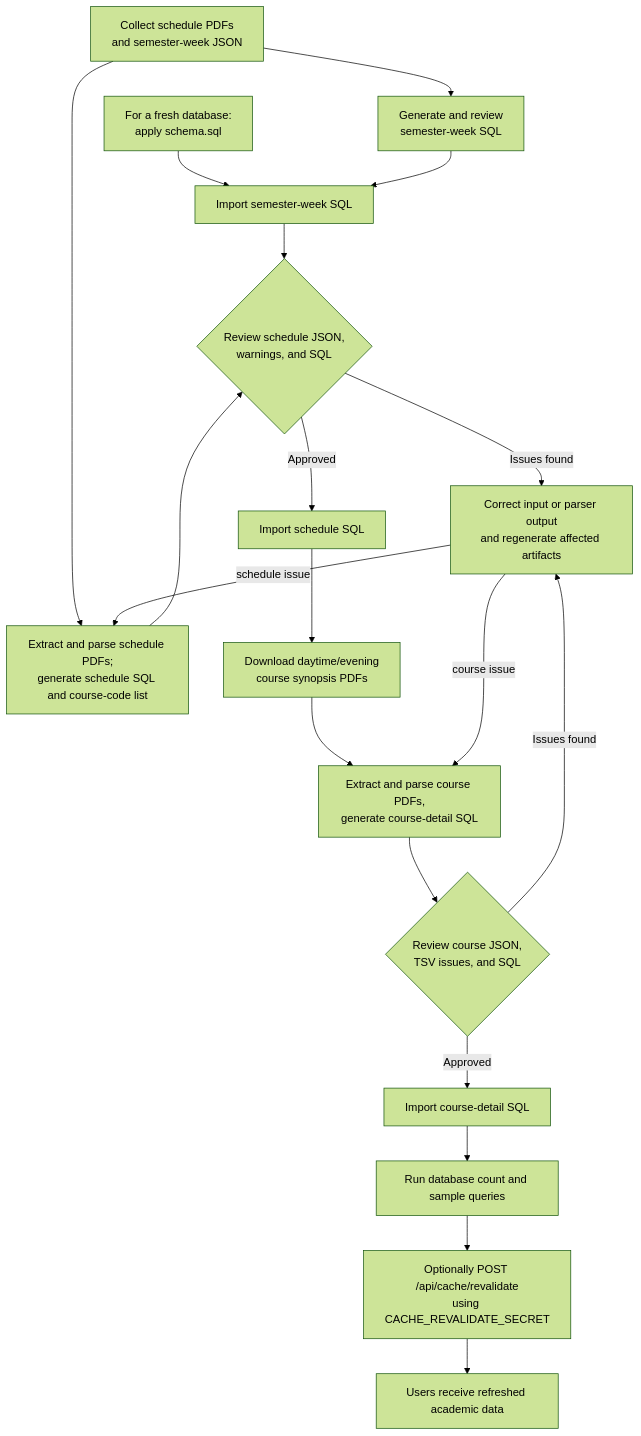
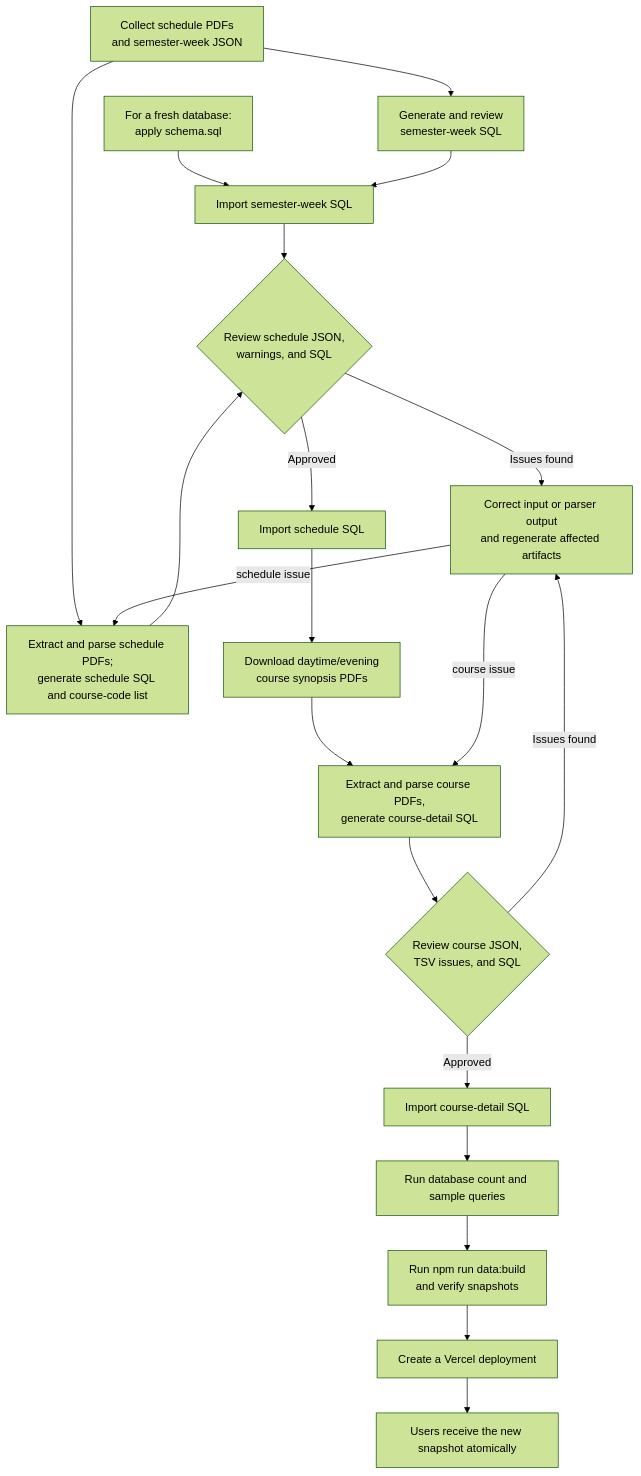
Before and after one commit to lester-td/SUSSplanner: the eighth of 18 diagrams in docs/DeveloperGuide.md, drawn with Mermaid (forest theme). The commit also changed other lines of this file and 4 other files, not shown here.

First line of the commit message:
Document build-time snapshot operations

````diff
--- a/docs/DeveloperGuide.md
+++ b/docs/DeveloperGuide.md
@@ -839,37 +844,39 @@
 ```mermaid
 flowchart TD
     Inputs["Collect schedule PDFs<br/>and semester-week JSON"]
     Schema["For a fresh database:<br/>apply schema.sql"]
     Weeks["Generate and review<br/>semester-week SQL"]
     ImportWeeks["Import semester-week SQL"]
     Schedule["Extract and parse schedule PDFs;<br/>generate schedule SQL and course-code list"]
     ReviewSchedule{"Review schedule JSON,<br/>warnings, and SQL"}
     ImportSchedule["Import schedule SQL"]
     Download["Download daytime/evening<br/>course synopsis PDFs"]
     Course["Extract and parse course PDFs,<br/>generate course-detail SQL"]
     ReviewCourse{"Review course JSON,<br/>TSV issues, and SQL"}
     Fix["Correct input or parser output<br/>and regenerate affected artifacts"]
     ImportCourse["Import course-detail SQL"]
     Verify["Run database count and sample queries"]
-    Revalidate["Optionally POST /api/cache/revalidate<br/>using CACHE_REVALIDATE_SECRET"]
-    Public["Users receive refreshed academic data"]
+    Build["Run npm run data:build<br/>and verify snapshots"]
+    Deploy["Create a Vercel deployment"]
+    Public["Users receive the new snapshot atomically"]
 
     Schema --> ImportWeeks
     Inputs --> Weeks
     Inputs --> Schedule
     Weeks --> ImportWeeks
     ImportWeeks --> ReviewSchedule
     Schedule --> ReviewSchedule
     ReviewSchedule -->|Issues found| Fix
     ReviewSchedule -->|Approved| ImportSchedule
     ImportSchedule --> Download
     Download --> Course
     Course --> ReviewCourse
     ReviewCourse -->|Issues found| Fix
     ReviewCourse -->|Approved| ImportCourse
     Fix -->|schedule issue| Schedule
     Fix -->|course issue| Course
     ImportCourse --> Verify
-    Verify --> Revalidate
-    Revalidate --> Public
+    Verify --> Build
+    Build --> Deploy
+    Deploy --> Public
 ```
````
